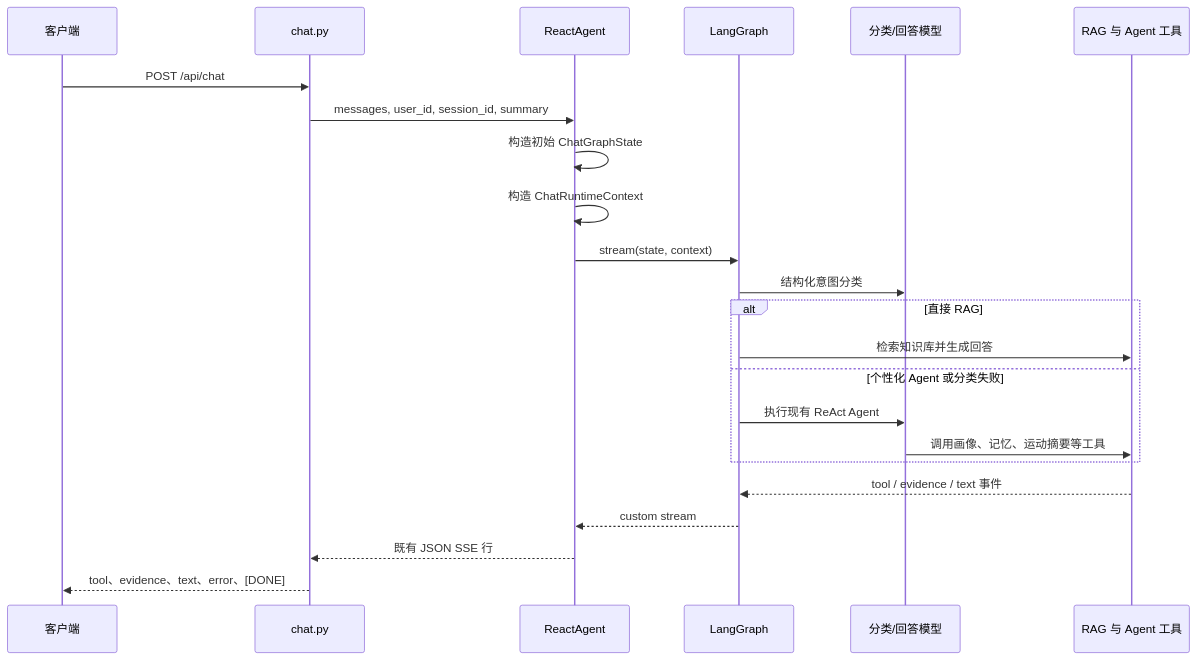
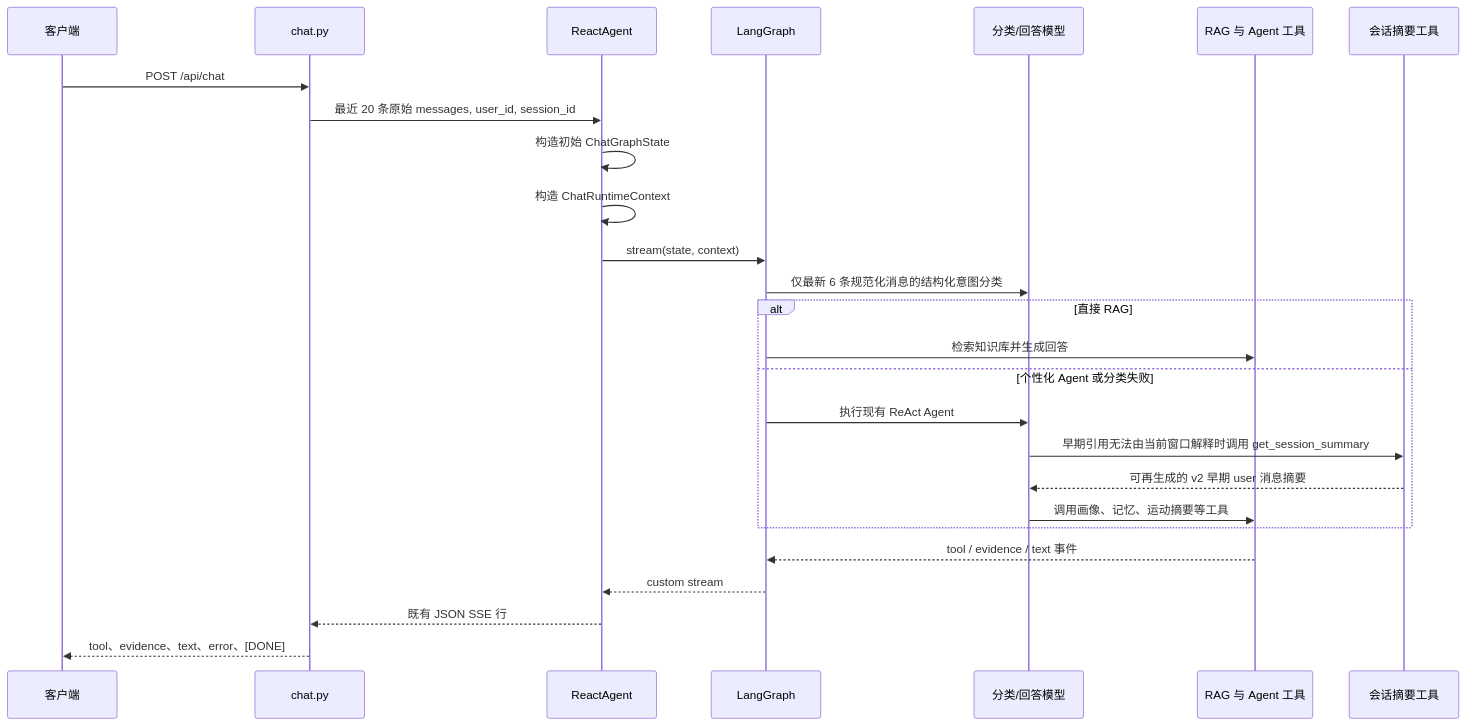
The third of 6 diagrams in docs/langgraph-chat-routing.md (Leewx-char/FitAgent), drawn with Mermaid before and after one commit. The commit also changed other lines of this file and 6 other files, not shown here.

````diff
--- a/docs/langgraph-chat-routing.md
+++ b/docs/langgraph-chat-routing.md
@@ -46,26 +46,29 @@
 ```mermaid
 sequenceDiagram
     participant C as 客户端
     participant API as chat.py
     participant RA as ReactAgent
     participant G as LangGraph
     participant LLM as 分类/回答模型
     participant T as RAG 与 Agent 工具
+    participant SS as 会话摘要工具
 
     C->>API: POST /api/chat
-    API->>RA: messages, user_id, session_id, summary
+    API->>RA: 最近 20 条原始 messages, user_id, session_id
     RA->>RA: 构造初始 ChatGraphState
     RA->>RA: 构造 ChatRuntimeContext
     RA->>G: stream(state, context)
-    G->>LLM: 结构化意图分类
+    G->>LLM: 仅最新 6 条规范化消息的结构化意图分类
     alt 直接 RAG
         G->>T: 检索知识库并生成回答
     else 个性化 Agent 或分类失败
         G->>LLM: 执行现有 ReAct Agent
+        LLM->>SS: 早期引用无法由当前窗口解释时调用 get_session_summary
+        SS-->>LLM: 可再生成的 v2 早期 user 消息摘要
         LLM->>T: 调用画像、记忆、运动摘要等工具
     end
     T-->>G: tool / evidence / text 事件
     G-->>RA: custom stream
     RA-->>API: 既有 JSON SSE 行
     API-->>C: tool、evidence、text、error、[DONE]
 ```
````
